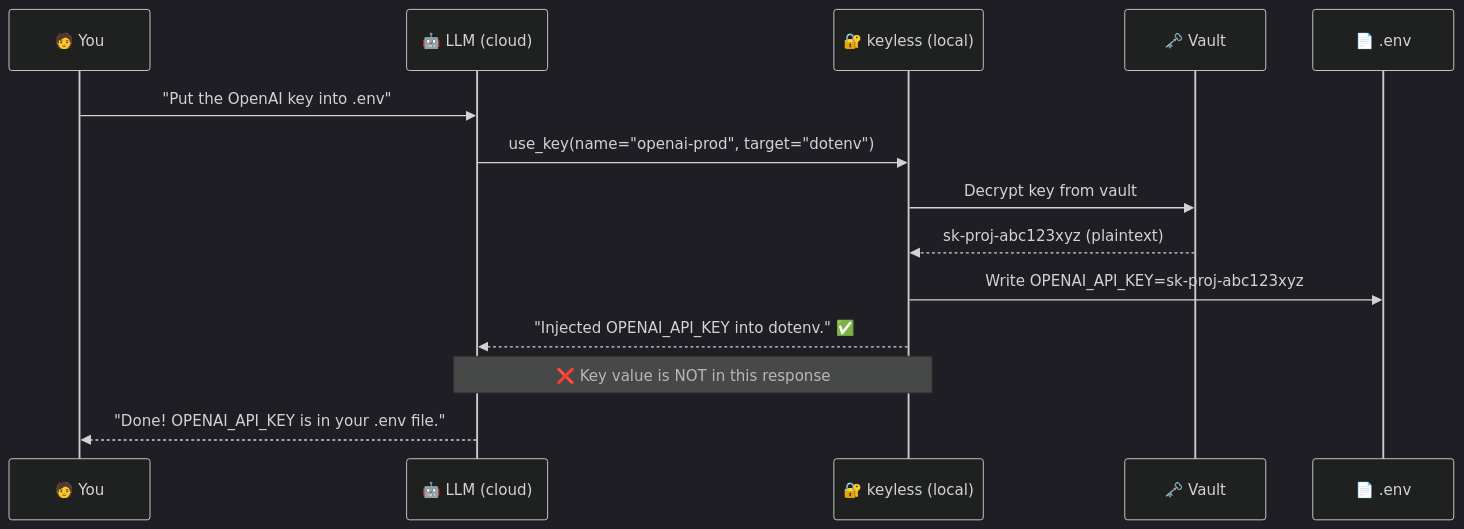
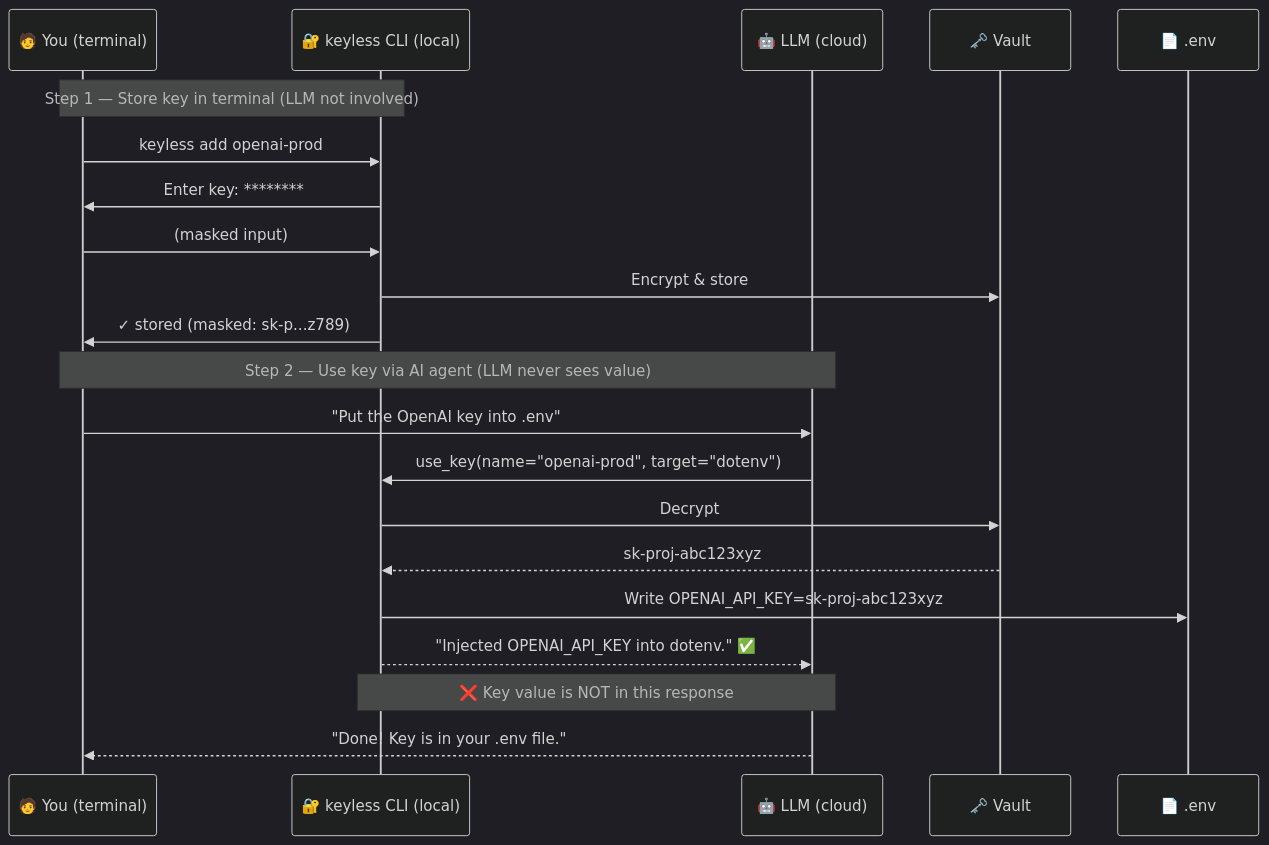
Before and after one commit to larry610881/keyless: the third of 4 diagrams in README.md, drawn with Mermaid (dark theme). The commit also changed other lines of this file, not shown here.

First line of the commit message:
docs: add security best practices — CLI store + AI use workflow

````diff
--- a/README.md
+++ b/README.md
@@ -229,17 +175,25 @@
 ```mermaid
 sequenceDiagram
-    participant U as 🧑 You
+    participant U as 🧑 You (terminal)
+    participant K as 🔐 keyless CLI (local)
     participant L as 🤖 LLM (cloud)
-    participant K as 🔐 keyless (local)
     participant V as 🗝️ Vault
     participant E as 📄 .env
 
+    Note over U,K: Step 1 — Store key in terminal (LLM not involved)
+    U->>K: keyless add openai-prod
+    K->>U: Enter key: ********
+    U->>K: (masked input)
+    K->>V: Encrypt & store
+    K->>U: ✓ stored (masked: sk-p...z789)
+
+    Note over U,L: Step 2 — Use key via AI agent (LLM never sees value)
     U->>L: "Put the OpenAI key into .env"
     L->>K: use_key(name="openai-prod", target="dotenv")
-    K->>V: Decrypt key from vault
-    V-->>K: sk-proj-abc123xyz (plaintext)
+    K->>V: Decrypt
+    V-->>K: sk-proj-abc123xyz
     K->>E: Write OPENAI_API_KEY=sk-proj-abc123xyz
     K-->>L: "Injected OPENAI_API_KEY into dotenv." ✅
     Note over K,L: ❌ Key value is NOT in this response
-    L-->>U: "Done! OPENAI_API_KEY is in your .env file."
+    L-->>U: "Done! Key is in your .env file."
 ```
````
